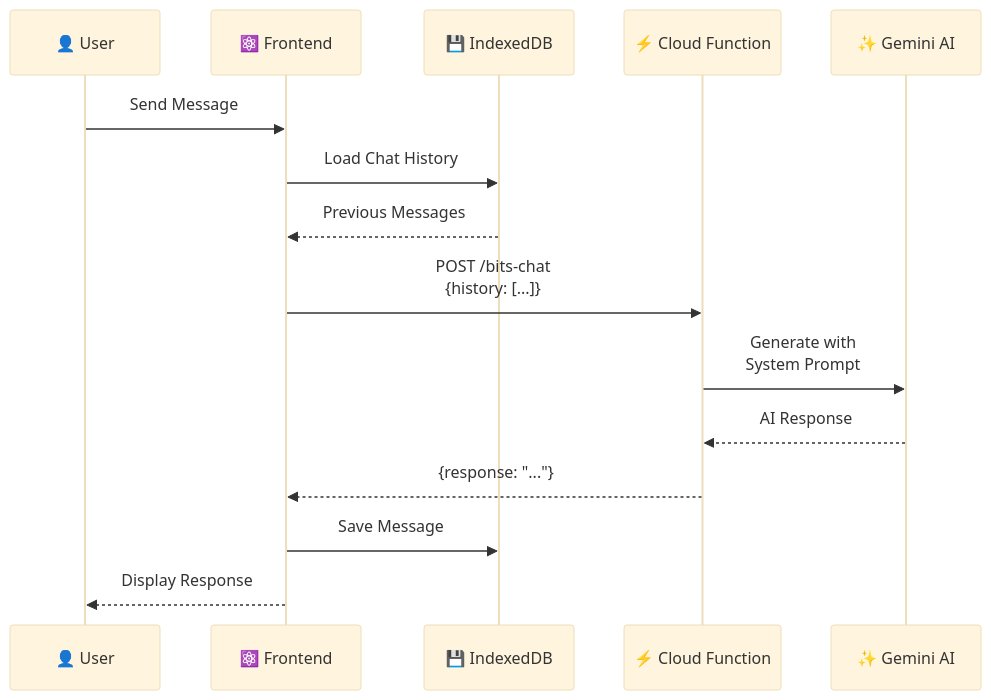
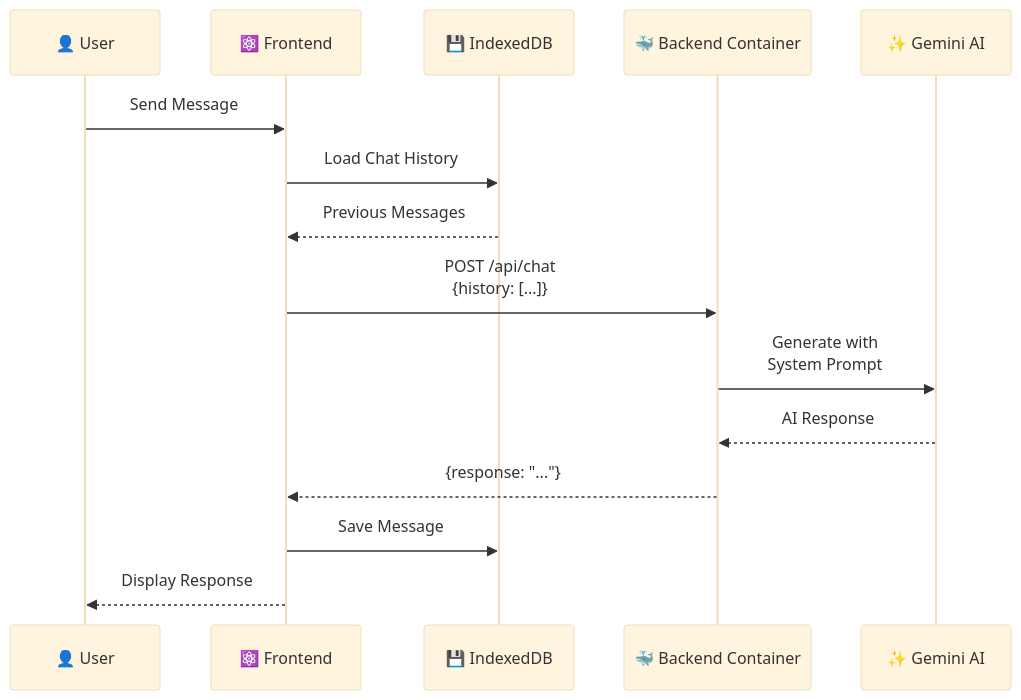
Before and after one commit to Xeze-org/Anie-Ai: the second of 3 diagrams in readme.md, drawn with Mermaid (base theme). The commit also changed other lines of this file and 5 other files, not shown here.

````diff
--- a/readme.md
+++ b/readme.md
@@ -205,18 +205,18 @@
 ```mermaid
 sequenceDiagram
     participant U as 👤 User
     participant F as ⚛️ Frontend
     participant DB as 💾 IndexedDB
-    participant C as ⚡ Cloud Function
+    participant B as 🐳 Backend Container
     participant G as ✨ Gemini AI
     
     U->>F: Send Message
     F->>DB: Load Chat History
     DB-->>F: Previous Messages
-    F->>C: POST /bits-chat<br/>{history: [...]}
-    C->>G: Generate with<br/>System Prompt
-    G-->>C: AI Response
-    C-->>F: {response: "..."}
+    F->>B: POST /api/chat<br/>{history: [...]}
+    B->>G: Generate with<br/>System Prompt
+    G-->>B: AI Response
+    B-->>F: {response: "..."}
     F->>DB: Save Message
     F-->>U: Display Response
 ```
````
